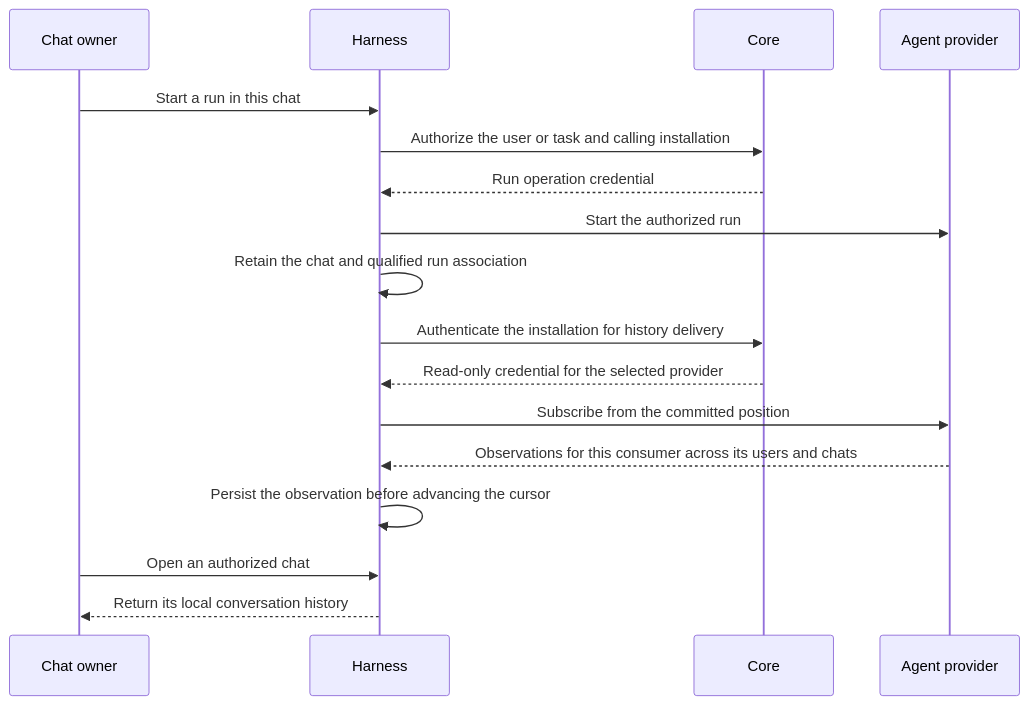
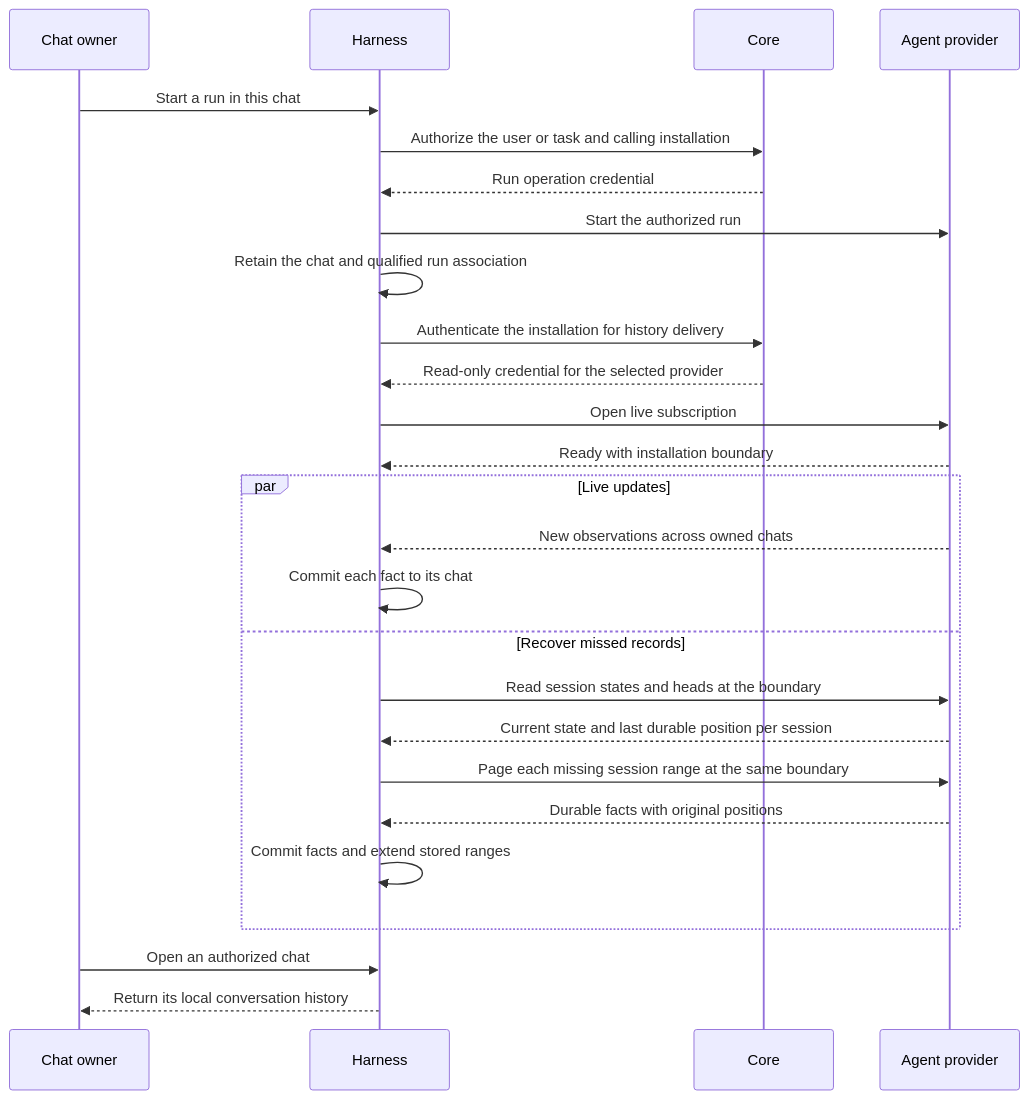
Before and after one commit to alex-de-haas/docker-host: the diagram in docs/features/agent-provider-interface/feature.md, drawn with Mermaid. The commit also changed other lines of this file and 52 other files, not shown here.

First line of the commit message:
feat(harness): recover chat history while live updates continue

````diff
--- a/docs/features/agent-provider-interface/feature.md
+++ b/docs/features/agent-provider-interface/feature.md
@@ -156,19 +156,28 @@
 ```mermaid
 sequenceDiagram
     participant U as Chat owner
     participant H as Harness
     participant C as Core
     participant P as Agent provider
     U->>H: Start a run in this chat
     H->>C: Authorize the user or task and calling installation
     C-->>H: Run operation credential
     H->>P: Start the authorized run
     H->>H: Retain the chat and qualified run association
     H->>C: Authenticate the installation for history delivery
     C-->>H: Read-only credential for the selected provider
-    H->>P: Subscribe from the committed position
-    P-->>H: Observations for this consumer across its users and chats
-    H->>H: Persist the observation before advancing the cursor
+    H->>P: Open live subscription
+    P-->>H: Ready with installation boundary
+    par Live updates
+        P-->>H: New observations across owned chats
+        H->>H: Commit each fact to its chat
+    and Recover missed records
+        H->>P: Read session states and heads at the boundary
+        P-->>H: Current state and last durable position per session
+        H->>P: Page each missing session range at the same boundary
+        P-->>H: Durable facts with original positions
+        H->>H: Commit facts and extend stored ranges
+    end
     U->>H: Open an authorized chat
     H-->>U: Return its local conversation history
 ```
````
